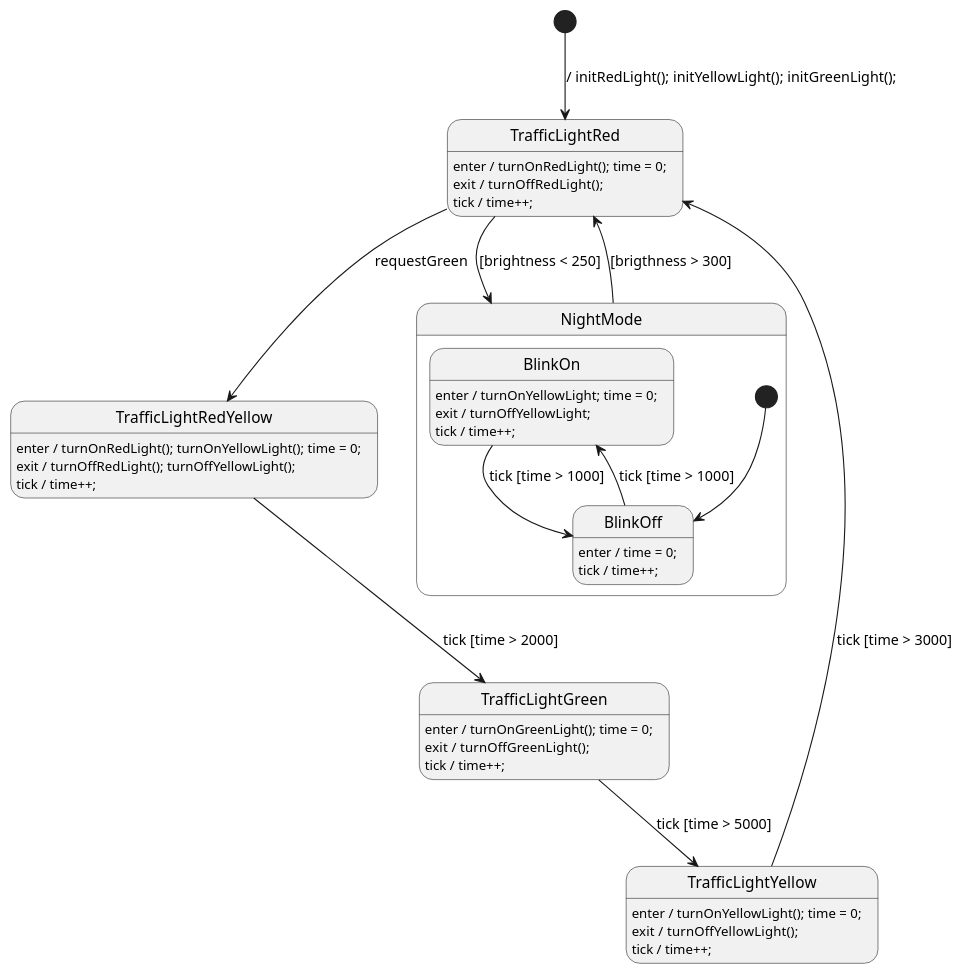
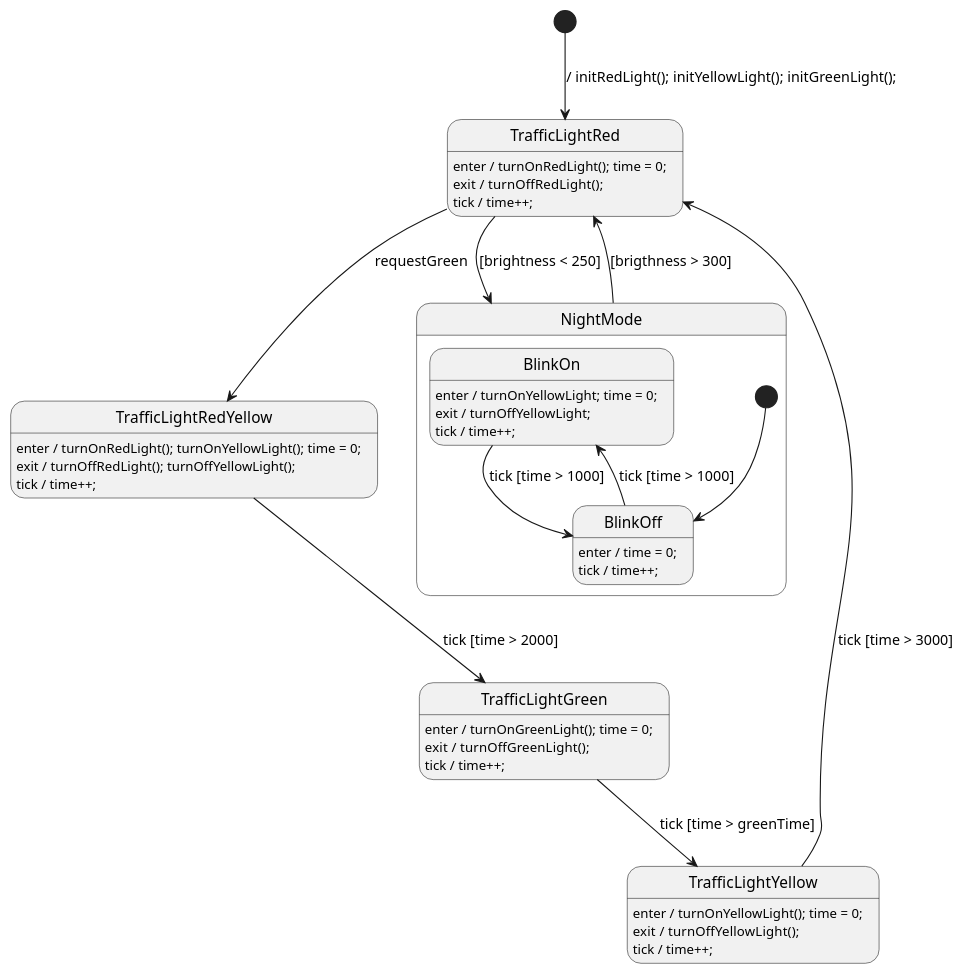
Before and after one commit to valentin-haub/esp32-traffic-light-management-system: the diagram in State_machine/TrafficLight.plantuml, drawn with PlantUML.

Commit message:
Dauer der Grünphase mittels Variable 'greenTime' variabel gemacht.

```diff
--- a/State_machine/TrafficLight.plantuml
+++ b/State_machine/TrafficLight.plantuml
@@ -1,92 +1,93 @@
 @startuml TrafficLight
 
 ' //////////////////////// STATE ORGANIZATION ///////////////////////
 ' Note: StateSmith treats state names and events as case insensitive.
 ' More info: https://github.com/StateSmith/StateSmith/wiki/PlantUML
 
 state TrafficLightRed
 state TrafficLightRedYellow
 state TrafficLightGreen
 state TrafficLightYellow
 
 state NightMode {
     state BlinkOn
     state BlinkOff
 
     [*] --> BlinkOff
 
     ' BlinkOff
     BlinkOff: enter / time = 0;
     BlinkOff: tick / time++;
     BlinkOff --> BlinkOn : tick [time > 1000]
 
     ' BlinkOn
     BlinkOn: enter / turnOnYellowLight; time = 0;
     BlinkOn: exit / turnOffYellowLight;
     BlinkOn: tick / time++;
     BlinkOn --> BlinkOff : tick [time > 1000]
 }
 
 
 ' ///////////////////////// STATE HANDLERS /////////////////////////
 ' Syntax: https://github.com/StateSmith/StateSmith/wiki/Behaviors
 
 [*] --> TrafficLightRed : / initRedLight(); initYellowLight(); initGreenLight();
 
 ' TrafficLightRed
 TrafficLightRed: enter / turnOnRedLight(); time = 0;
 TrafficLightRed: exit  / turnOffRedLight();
 TrafficLightRed: tick / time++;
 TrafficLightRed --> TrafficLightRedYellow : requestGreen
 TrafficLightRed --> NightMode : [brightness < 250]
 
 ' TrafficLightRedYellow
 TrafficLightRedYellow: enter / turnOnRedLight(); turnOnYellowLight(); time = 0;
 TrafficLightRedYellow: exit / turnOffRedLight(); turnOffYellowLight();
 TrafficLightRedYellow: tick / time++;
 TrafficLightRedYellow --> TrafficLightGreen : tick [time > 2000]
 
 ' TrafficLightGreen
 TrafficLightGreen: enter / turnOnGreenLight(); time = 0;
 TrafficLightGreen: exit  / turnOffGreenLight();
 TrafficLightGreen: tick / time++;
-TrafficLightGreen --> TrafficLightYellow : tick [time > 5000]
+TrafficLightGreen --> TrafficLightYellow : tick [time > greenTime]
 
 ' TrafficLightYellow
 TrafficLightYellow: enter / turnOnYellowLight(); time = 0;
 TrafficLightYellow: exit  / turnOffYellowLight();
 TrafficLightYellow: tick / time++;
 TrafficLightYellow --> TrafficLightRed : tick [time > 3000]
 
 ' NightMode
 NightMode --> TrafficLightRed : [brigthness > 300]
 
 
 ' //////////////////////// StateSmith config ////////////////////////
 ' The below special comment block sets the StateSmith configuration.
 ' More info: https://github.com/StateSmith/StateSmith/issues/335
 
 /'! $CONFIG : toml
 
 [RenderConfig]
 FileTop = """
     """
 AutoExpandedVars = """
     uint16_t time;
+    uint16_t greenTime
     uint16_t brightness;
     """
 
 [RenderConfig.C]
 CFileExtension = ".cpp"
 HFileExtension = ".hpp"
 HFileIncludes = """
     #include <stdint.h> // for time var
     """
 CFileIncludes = """
     #include "driver.hpp"
     """
 
 [SmRunnerSettings]
 transpilerId = "C99"
 '/
 @enduml
```
